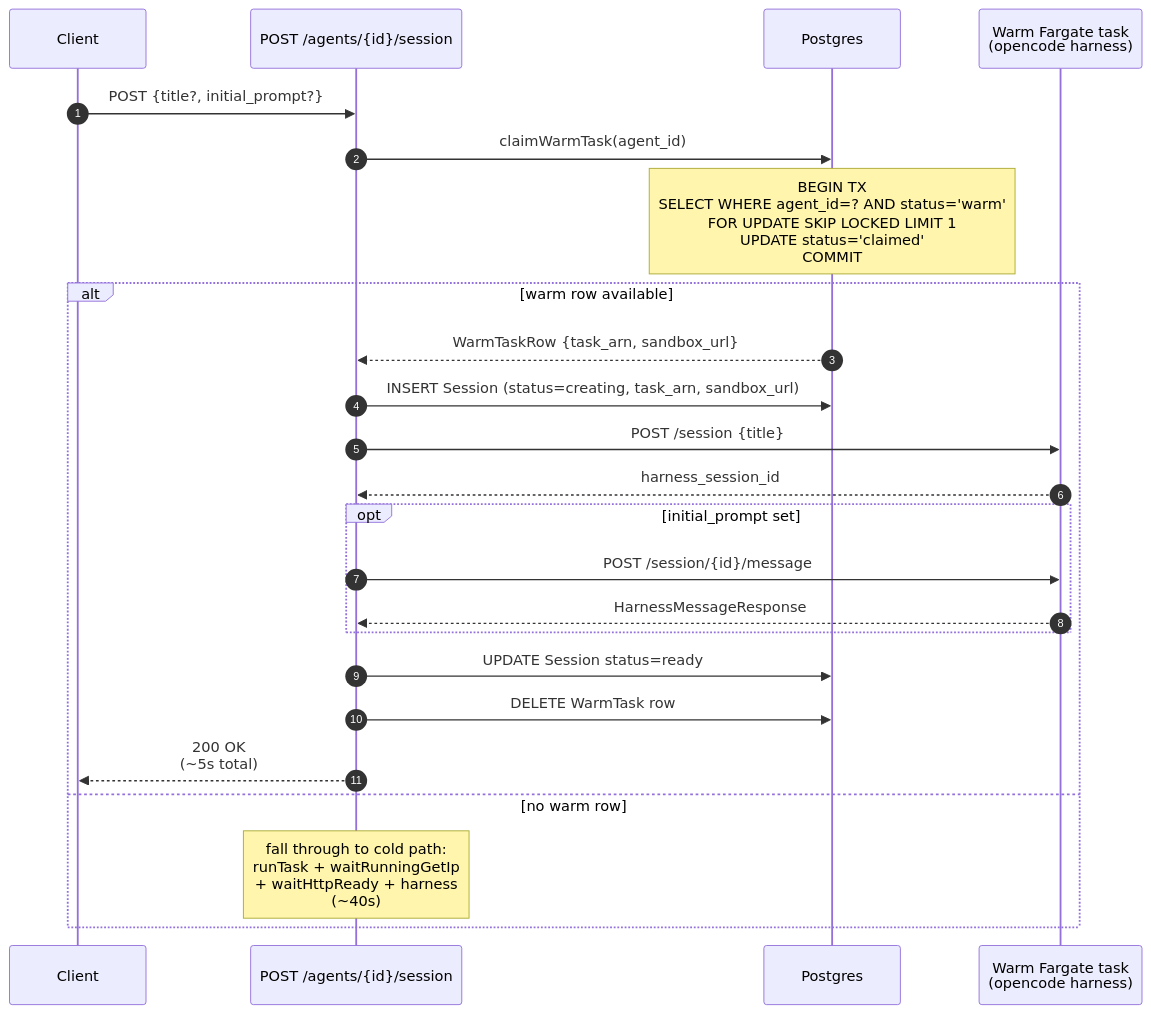
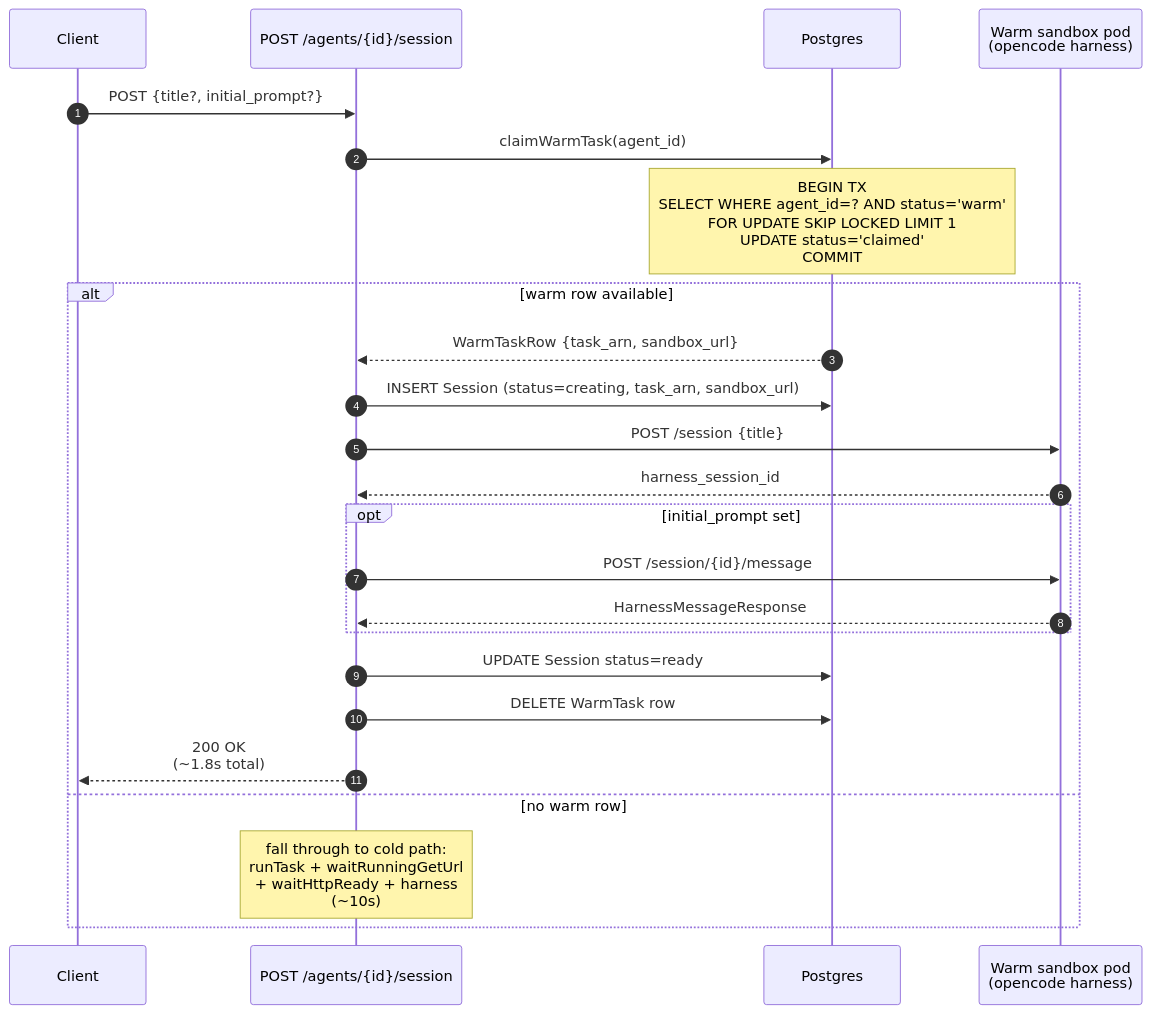
The second of 3 diagrams in src/server/warmPool/README.md (BerriAI/litellm-agent-platform), drawn with Mermaid before and after one commit. The commit also changed other lines of this file and 29 other files, not shown here.

First line of the commit message:
sandbox: drop Fargate backend, k8s only

````diff
--- a/src/server/warmPool/README.md
+++ b/src/server/warmPool/README.md
@@ -66,28 +68,28 @@
 ```mermaid
 sequenceDiagram
     autonumber
     participant U as Client
     participant API as POST /agents/{id}/session
     participant DB as Postgres
-    participant TASK as Warm Fargate task<br/>(opencode harness)
+    participant POD as Warm sandbox pod<br/>(opencode harness)
 
     U->>API: POST {title?, initial_prompt?}
     API->>DB: claimWarmTask(agent_id)
     Note over DB: BEGIN TX<br/>SELECT WHERE agent_id=? AND status='warm'<br/>FOR UPDATE SKIP LOCKED LIMIT 1<br/>UPDATE status='claimed'<br/>COMMIT
 
     alt warm row available
         DB-->>API: WarmTaskRow {task_arn, sandbox_url}
         API->>DB: INSERT Session (status=creating, task_arn, sandbox_url)
-        API->>TASK: POST /session {title}
-        TASK-->>API: harness_session_id
+        API->>POD: POST /session {title}
+        POD-->>API: harness_session_id
         opt initial_prompt set
-            API->>TASK: POST /session/{id}/message
-            TASK-->>API: HarnessMessageResponse
+            API->>POD: POST /session/{id}/message
+            POD-->>API: HarnessMessageResponse
         end
         API->>DB: UPDATE Session status=ready
         API->>DB: DELETE WarmTask row
-        API-->>U: 200 OK<br/>(~5s total)
+        API-->>U: 200 OK<br/>(~1.8s total)
     else no warm row
-        Note over API: fall through to cold path:<br/>runTask + waitRunningGetIp<br/>+ waitHttpReady + harness<br/>(~40s)
+        Note over API: fall through to cold path:<br/>runTask + waitRunningGetUrl<br/>+ waitHttpReady + harness<br/>(~10s)
     end
 ```
````
